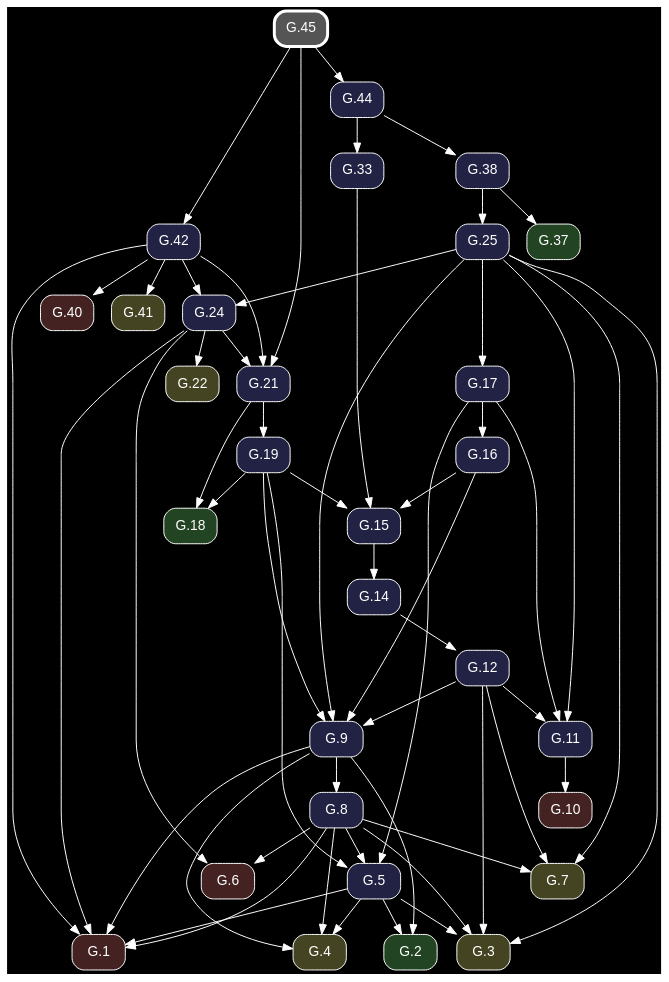
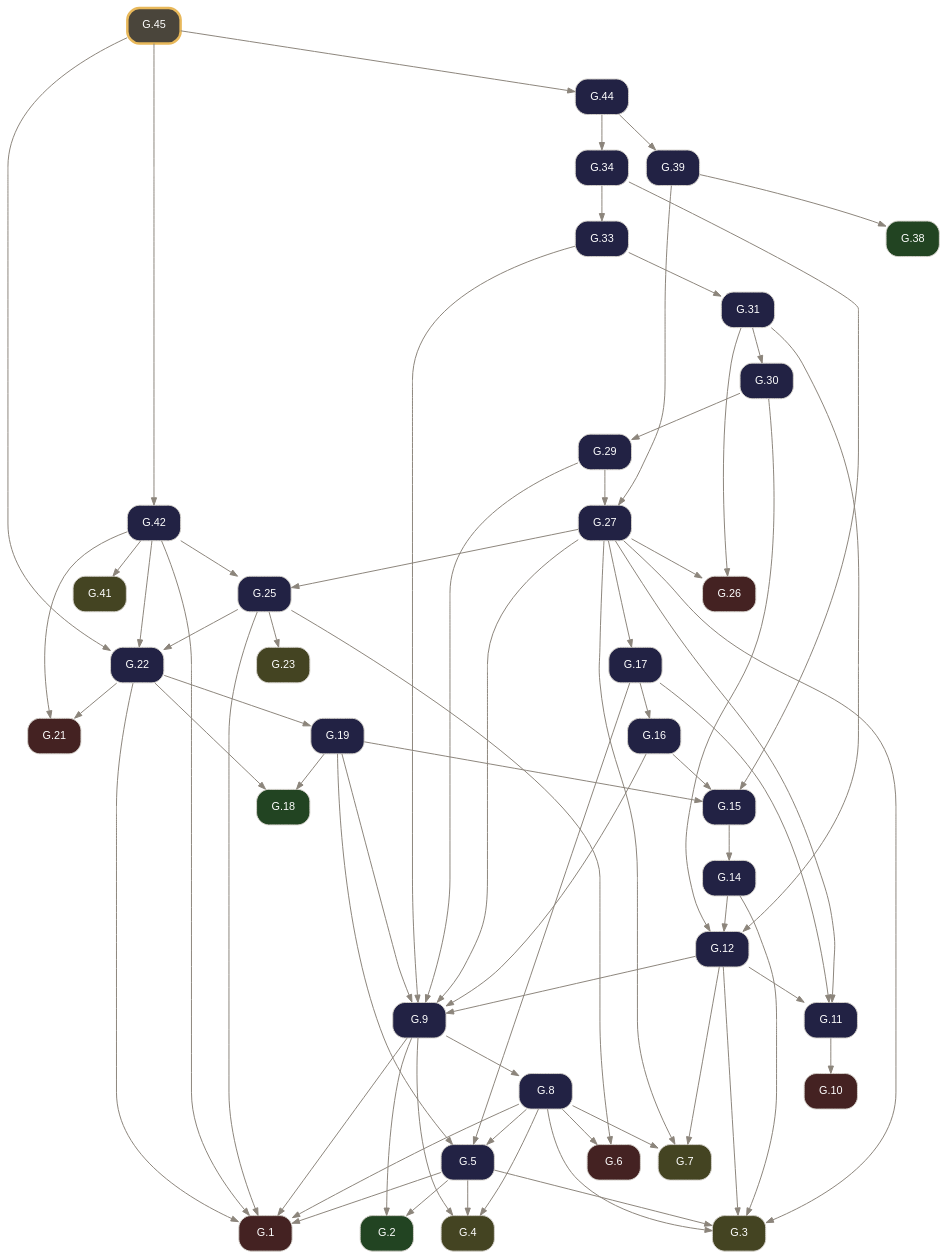
Before and after one commit to geometor/elements: the diagram in docsrc/elements2/G.45/index.rst, drawn with Graphviz. The commit also changed other lines of this file and 261 other files, not shown here.

Commit message:
feat: rebuild Elements 2.0 G-Index pipeline from composed Euclid Heath edition (v0.3.0)

```diff
--- a/docsrc/elements2/G.45/index.rst
+++ b/docsrc/elements2/G.45/index.rst
@@ -47,93 +73,112 @@
 .. graphviz::
 
    digraph {
-     bgcolor="black";
-     node [shape=box, style="rounded,filled", fontname="Helvetica", color="white", fontcolor="white"];
-     edge [color="white", fontcolor="white"];
+     bgcolor="transparent";
+     node [shape=box, style="rounded,filled", fontname="Helvetica", fontsize=11, color="#d6d3cd", fontcolor="#ffffff"];
+     edge [color="#8c857b", fontcolor="#8c857b", arrowsize=0.75];
      rankdir="TB";
-     "G.44" [label="G.44", fillcolor="#222244", URL="/elements2/G.44/", target="_top"];
-     "G.6" [label="G.6", fillcolor="#442222", URL="/elements2/G.6/", target="_top"];
-     "G.19" [label="G.19", fillcolor="#222244", URL="/elements2/G.19/", target="_top"];
-     "G.38" [label="G.38", fillcolor="#222244", URL="/elements2/G.38/", target="_top"];
-     "G.21" [label="G.21", fillcolor="#222244", URL="/elements2/G.21/", target="_top"];
-     "G.24" [label="G.24", fillcolor="#222244", URL="/elements2/G.24/", target="_top"];
-     "G.10" [label="G.10", fillcolor="#442222", URL="/elements2/G.10/", target="_top"];
-     "G.7" [label="G.7", fillcolor="#444422", URL="/elements2/G.7/", target="_top"];
-     "G.42" [label="G.42", fillcolor="#222244", URL="/elements2/G.42/", target="_top"];
-     "G.3" [label="G.3", fillcolor="#444422", URL="/elements2/G.3/", target="_top"];
-     "G.15" [label="G.15", fillcolor="#222244", URL="/elements2/G.15/", target="_top"];
-     "G.17" [label="G.17", fillcolor="#222244", URL="/elements2/G.17/", target="_top"];
-     "G.5" [label="G.5", fillcolor="#222244", URL="/elements2/G.5/", target="_top"];
-     "G.41" [label="G.41", fillcolor="#444422", URL="/elements2/G.41/", target="_top"];
-     "G.1" [label="G.1", fillcolor="#442222", URL="/elements2/G.1/", target="_top"];
-     "G.2" [label="G.2", fillcolor="#224422", URL="/elements2/G.2/", target="_top"];
-     "G.12" [label="G.12", fillcolor="#222244", URL="/elements2/G.12/", target="_top"];
-     "G.22" [label="G.22", fillcolor="#444422", URL="/elements2/G.22/", target="_top"];
-     "G.14" [label="G.14", fillcolor="#222244", URL="/elements2/G.14/", target="_top"];
-     "G.45" [label="G.45", penwidth=3, color="white", fillcolor="#555555", URL="/elements2/G.45/", target="_top"];
-     "G.8" [label="G.8", fillcolor="#222244", URL="/elements2/G.8/", target="_top"];
-     "G.9" [label="G.9", fillcolor="#222244", URL="/elements2/G.9/", target="_top"];
-     "G.25" [label="G.25", fillcolor="#222244", URL="/elements2/G.25/", target="_top"];
-     "G.37" [label="G.37", fillcolor="#224422", URL="/elements2/G.37/", target="_top"];
-     "G.18" [label="G.18", fillcolor="#224422", URL="/elements2/G.18/", target="_top"];
-     "G.11" [label="G.11", fillcolor="#222244", URL="/elements2/G.11/", target="_top"];
-     "G.40" [label="G.40", fillcolor="#442222", URL="/elements2/G.40/", target="_top"];
-     "G.4" [label="G.4", fillcolor="#444422", URL="/elements2/G.4/", target="_top"];
-     "G.33" [label="G.33", fillcolor="#222244", URL="/elements2/G.33/", target="_top"];
-     "G.16" [label="G.16", fillcolor="#222244", URL="/elements2/G.16/", target="_top"];
-     "G.45" -> "G.44";
-     "G.24" -> "G.6";
-     "G.8" -> "G.6";
-     "G.21" -> "G.19";
-     "G.44" -> "G.38";
-     "G.24" -> "G.21";
-     "G.45" -> "G.21";
-     "G.42" -> "G.21";
-     "G.25" -> "G.24";
-     "G.42" -> "G.24";
-     "G.11" -> "G.10";
-     "G.25" -> "G.7";
-     "G.8" -> "G.7";
-     "G.12" -> "G.7";
-     "G.45" -> "G.42";
+     "G.1" [label="G.1", tooltip="G.1 (I.cn.1)", fillcolor="#442222", URL="../G.1/index.html", target="_top"];
+     "G.2" [label="G.2", tooltip="G.2 (I.def.15)", fillcolor="#224422", URL="../G.2/index.html", target="_top"];
+     "G.3" [label="G.3", tooltip="G.3 (I.post.1)", fillcolor="#444422", URL="../G.3/index.html", target="_top"];
+     "G.4" [label="G.4", tooltip="G.4 (I.post.3)", fillcolor="#444422", URL="../G.4/index.html", target="_top"];
+     "G.5" [label="G.5", tooltip="G.5 (I.1)", fillcolor="#222244", URL="../G.5/index.html", target="_top"];
+     "G.6" [label="G.6", tooltip="G.6 (I.cn.3)", fillcolor="#442222", URL="../G.6/index.html", target="_top"];
+     "G.7" [label="G.7", tooltip="G.7 (I.post.2)", fillcolor="#444422", URL="../G.7/index.html", target="_top"];
+     "G.8" [label="G.8", tooltip="G.8 (I.2)", fillcolor="#222244", URL="../G.8/index.html", target="_top"];
+     "G.9" [label="G.9", tooltip="G.9 (I.3)", fillcolor="#222244", URL="../G.9/index.html", target="_top"];
+     "G.10" [label="G.10", tooltip="G.10 (I.cn.4)", fillcolor="#442222", URL="../G.10/index.html", target="_top"];
+     "G.11" [label="G.11", tooltip="G.11 (I.4)", fillcolor="#222244", URL="../G.11/index.html", target="_top"];
+     "G.12" [label="G.12", tooltip="G.12 (I.5)", fillcolor="#222244", URL="../G.12/index.html", target="_top"];
+     "G.14" [label="G.14", tooltip="G.14 (I.7)", fillcolor="#222244", URL="../G.14/index.html", target="_top"];
+     "G.15" [label="G.15", tooltip="G.15 (I.8)", fillcolor="#222244", URL="../G.15/index.html", target="_top"];
+     "G.16" [label="G.16", tooltip="G.16 (I.9)", fillcolor="#222244", URL="../G.16/index.html", target="_top"];
+     "G.17" [label="G.17", tooltip="G.17 (I.10)", fillcolor="#222244", URL="../G.17/index.html", target="_top"];
+     "G.18" [label="G.18", tooltip="G.18 (I.def.10)", fillcolor="#224422", URL="../G.18/index.html", target="_top"];
+     "G.19" [label="G.19", tooltip="G.19 (I.11)", fillcolor="#222244", URL="../G.19/index.html", target="_top"];
+     "G.21" [label="G.21", tooltip="G.21 (I.cn.2)", fillcolor="#442222", URL="../G.21/index.html", target="_top"];
+     "G.22" [label="G.22", tooltip="G.22 (I.13)", fillcolor="#222244", URL="../G.22/index.html", target="_top"];
+     "G.23" [label="G.23", tooltip="G.23 (I.post.4)", fillcolor="#444422", URL="../G.23/index.html", target="_top"];
+     "G.25" [label="G.25", tooltip="G.25 (I.15)", fillcolor="#222244", URL="../G.25/index.html", target="_top"];
+     "G.26" [label="G.26", tooltip="G.26 (I.cn.5)", fillcolor="#442222", URL="../G.26/index.html", target="_top"];
+     "G.27" [label="G.27", tooltip="G.27 (I.16)", fillcolor="#222244", URL="../G.27/index.html", target="_top"];
+     "G.29" [label="G.29", tooltip="G.29 (I.18)", fillcolor="#222244", URL="../G.29/index.html", target="_top"];
+     "G.30" [label="G.30", tooltip="G.30 (I.19)", fillcolor="#222244", URL="../G.30/index.html", target="_top"];
+     "G.31" [label="G.31", tooltip="G.31 (I.20)", fillcolor="#222244", URL="../G.31/index.html", target="_top"];
+     "G.33" [label="G.33", tooltip="G.33 (I.22)", fillcolor="#222244", URL="../G.33/index.html", target="_top"];
+     "G.34" [label="G.34", tooltip="G.34 (I.23)", fillcolor="#222244", URL="../G.34/index.html", target="_top"];
+     "G.38" [label="G.38", tooltip="G.38 (I.def.23)", fillcolor="#224422", URL="../G.38/index.html", target="_top"];
+     "G.39" [label="G.39", tooltip="G.39 (I.27)", fillcolor="#222244", URL="../G.39/index.html", target="_top"];
+     "G.41" [label="G.41", tooltip="G.41 (I.post.5)", fillcolor="#444422", URL="../G.41/index.html", target="_top"];
+     "G.42" [label="G.42", tooltip="G.42 (I.29)", fillcolor="#222244", URL="../G.42/index.html", target="_top"];
+     "G.44" [label="G.44", tooltip="G.44 (I.31)", fillcolor="#222244", URL="../G.44/index.html", target="_top"];
+     "G.45" [label="G.45", tooltip="G.45 (I.32)", penwidth=2.5, color="#e8b85a", fillcolor="#4a453b", URL="index.html", target="_top"];
+     "G.5" -> "G.1";
+     "G.8" -> "G.1";
+     "G.9" -> "G.1";
+     "G.22" -> "G.1";
+     "G.25" -> "G.1";
+     "G.42" -> "G.1";
+     "G.5" -> "G.2";
+     "G.9" -> "G.2";
      "G.5" -> "G.3";
-     "G.25" -> "G.3";
      "G.8" -> "G.3";
      "G.12" -> "G.3";
-     "G.19" -> "G.15";
-     "G.16" -> "G.15";
-     "G.33" -> "G.15";
-     "G.25" -> "G.17";
-     "G.19" -> "G.5";
-     "G.8" -> "G.5";
-     "G.17" -> "G.5";
-     "G.42" -> "G.41";
-     "G.5" -> "G.1";
-     "G.24" -> "G.1";
-     "G.8" -> "G.1";
-     "G.42" -> "G.1";
-     "G.9" -> "G.1";
-     "G.5" -> "G.2";
-     "G.9" -> "G.2";
-     "G.14" -> "G.12";
-     "G.24" -> "G.22";
-     "G.15" -> "G.14";
-     "G.9" -> "G.8";
-     "G.19" -> "G.9";
-     "G.25" -> "G.9";
-     "G.16" -> "G.9";
-     "G.12" -> "G.9";
-     "G.38" -> "G.25";
-     "G.38" -> "G.37";
-     "G.19" -> "G.18";
-     "G.21" -> "G.18";
-     "G.25" -> "G.11";
-     "G.17" -> "G.11";
-     "G.12" -> "G.11";
-     "G.42" -> "G.40";
+     "G.14" -> "G.3";
+     "G.27" -> "G.3";
      "G.5" -> "G.4";
      "G.8" -> "G.4";
      "G.9" -> "G.4";
-     "G.44" -> "G.33";
+     "G.8" -> "G.5";
+     "G.17" -> "G.5";
+     "G.19" -> "G.5";
+     "G.8" -> "G.6";
+     "G.25" -> "G.6";
+     "G.8" -> "G.7";
+     "G.12" -> "G.7";
+     "G.27" -> "G.7";
+     "G.9" -> "G.8";
+     "G.12" -> "G.9";
+     "G.16" -> "G.9";
+     "G.19" -> "G.9";
+     "G.27" -> "G.9";
+     "G.29" -> "G.9";
+     "G.33" -> "G.9";
+     "G.11" -> "G.10";
+     "G.12" -> "G.11";
+     "G.17" -> "G.11";
+     "G.27" -> "G.11";
+     "G.14" -> "G.12";
+     "G.30" -> "G.12";
+     "G.31" -> "G.12";
+     "G.15" -> "G.14";
+     "G.16" -> "G.15";
+     "G.19" -> "G.15";
+     "G.34" -> "G.15";
      "G.17" -> "G.16";
+     "G.27" -> "G.17";
+     "G.19" -> "G.18";
+     "G.22" -> "G.18";
+     "G.22" -> "G.19";
+     "G.22" -> "G.21";
+     "G.42" -> "G.21";
+     "G.25" -> "G.22";
+     "G.42" -> "G.22";
+     "G.45" -> "G.22";
+     "G.25" -> "G.23";
+     "G.27" -> "G.25";
+     "G.42" -> "G.25";
+     "G.27" -> "G.26";
+     "G.31" -> "G.26";
+     "G.29" -> "G.27";
+     "G.39" -> "G.27";
+     "G.30" -> "G.29";
+     "G.31" -> "G.30";
+     "G.33" -> "G.31";
+     "G.34" -> "G.33";
+     "G.44" -> "G.34";
+     "G.39" -> "G.38";
+     "G.44" -> "G.39";
+     "G.42" -> "G.41";
+     "G.45" -> "G.42";
+     "G.45" -> "G.44";
    }
```
